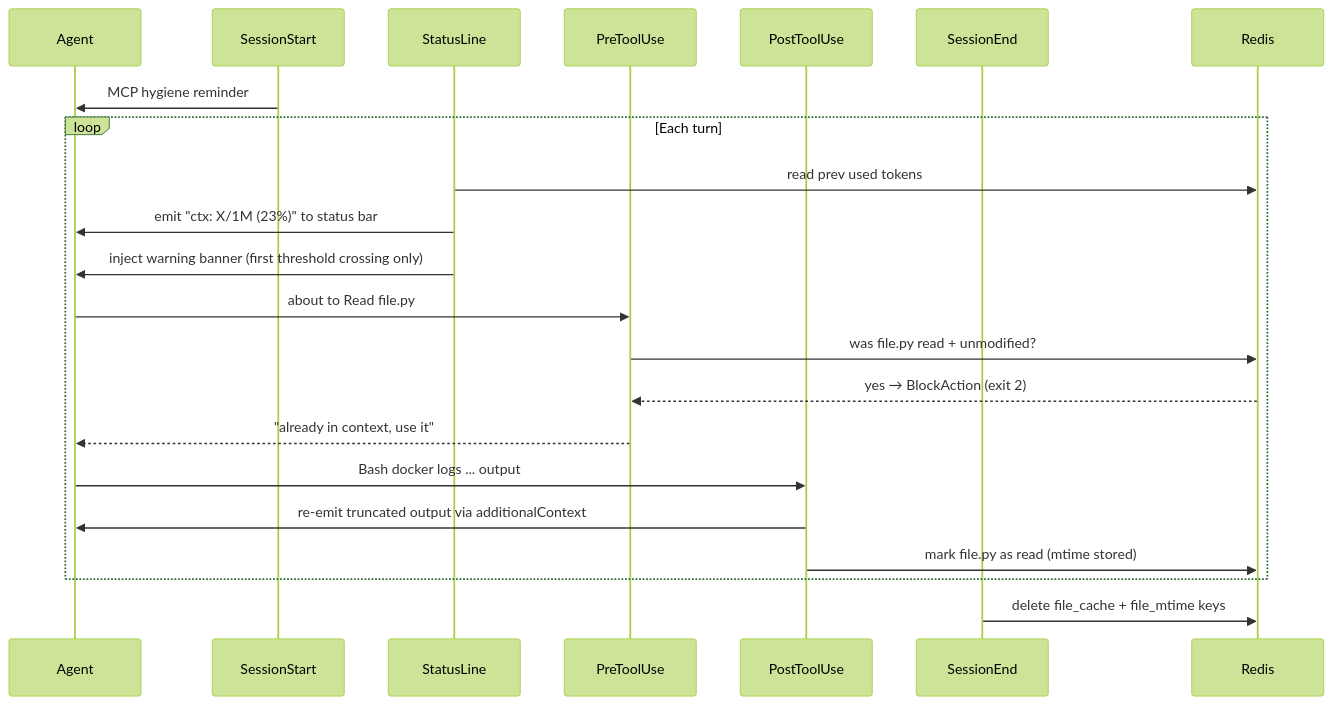
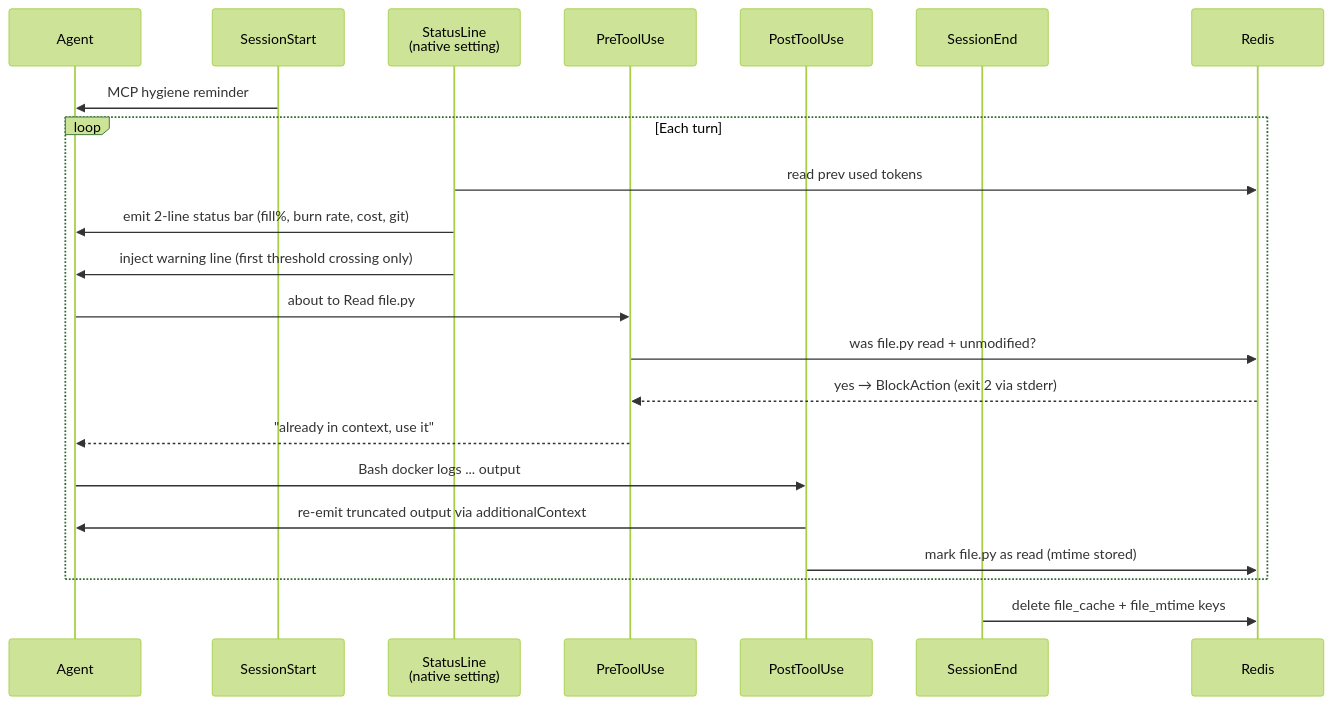
Before and after one commit to the-cloud-clockwork/agentihooks: the first of 2 diagrams in docs/hooks/events.md, drawn with Mermaid (forest theme). The commit also changed other lines of this file and 6 other files, not shown here.

````diff
--- a/docs/hooks/events.md
+++ b/docs/hooks/events.md
@@ -251,25 +275,25 @@
 ```mermaid
 sequenceDiagram
     participant Agent
     participant SessionStart
-    participant StatusLine
+    participant StatusLine as StatusLine<br/>(native setting)
     participant PreToolUse
     participant PostToolUse
     participant SessionEnd
     participant Redis
 
     SessionStart->>Agent: MCP hygiene reminder
     loop Each turn
         StatusLine->>Redis: read prev used tokens
-        StatusLine->>Agent: emit "ctx: X/1M (23%)" to status bar
-        StatusLine->>Agent: inject warning banner (first threshold crossing only)
+        StatusLine->>Agent: emit 2-line status bar (fill%, burn rate, cost, git)
+        StatusLine->>Agent: inject warning line (first threshold crossing only)
         Agent->>PreToolUse: about to Read file.py
         PreToolUse->>Redis: was file.py read + unmodified?
-        Redis-->>PreToolUse: yes → BlockAction (exit 2)
+        Redis-->>PreToolUse: yes → BlockAction (exit 2 via stderr)
         PreToolUse-->>Agent: "already in context, use it"
         Agent->>PostToolUse: Bash docker logs ... output
         PostToolUse->>Agent: re-emit truncated output via additionalContext
         PostToolUse->>Redis: mark file.py as read (mtime stored)
     end
     SessionEnd->>Redis: delete file_cache + file_mtime keys
 ```
````
